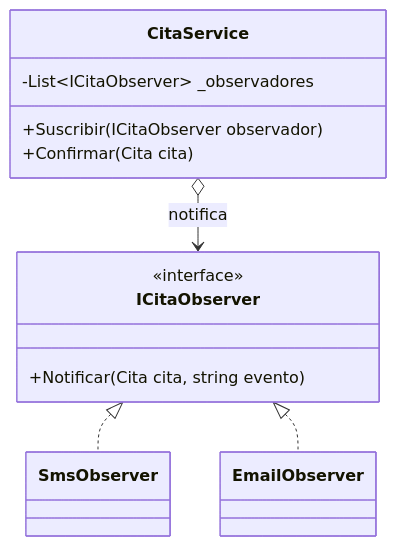
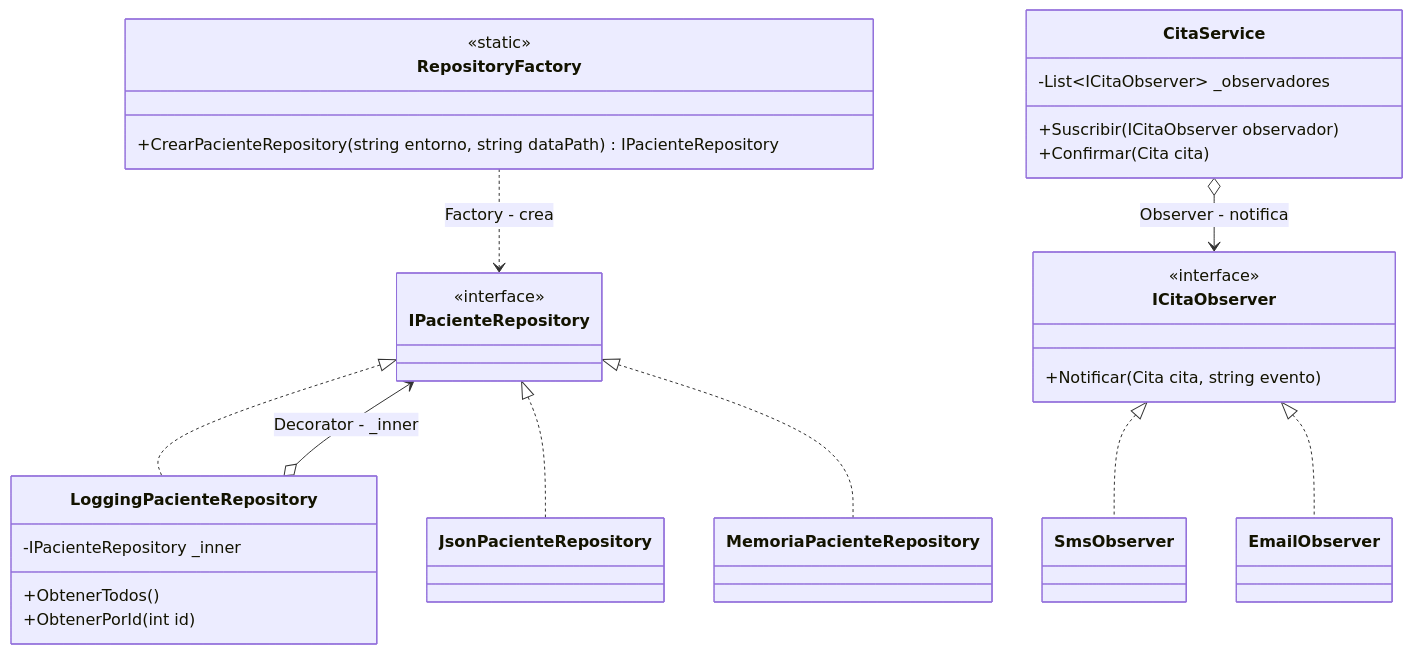
One commit to Cab5ter/ArqSoft-S05-LeonardoB changed the sixth of 8 diagrams in docs/DIAGRAMAS.md. Above: the diagram before and after it, drawn with Mermaid. The commit also changed other lines of this file and 1 other file, not shown here.

Commit message:
UPDATE docs/DIAGRAMAS.md: restructure diagrams around the C4 model (Context/Container/Component/Code)

````diff
--- a/docs/DIAGRAMAS.md
+++ b/docs/DIAGRAMAS.md
@@ -237,18 +261,39 @@
 ```mermaid
 classDiagram
+    class IPacienteRepository {
+        <<interface>>
+    }
+    class RepositoryFactory {
+        <<static>>
+        +CrearPacienteRepository(string entorno, string dataPath) IPacienteRepository
+    }
+    class LoggingPacienteRepository {
+        -IPacienteRepository _inner
+        +ObtenerTodos()
+        +ObtenerPorId(int id)
+    }
+    class JsonPacienteRepository
+    class MemoriaPacienteRepository
+
     class CitaService {
         -List~ICitaObserver~ _observadores
         +Suscribir(ICitaObserver observador)
         +Confirmar(Cita cita)
     }
     class ICitaObserver {
         <<interface>>
         +Notificar(Cita cita, string evento)
     }
     class SmsObserver
     class EmailObserver
 
-    CitaService o--> ICitaObserver : notifica
+    RepositoryFactory ..> IPacienteRepository : Factory - crea
+    IPacienteRepository <|.. LoggingPacienteRepository
+    IPacienteRepository <|.. JsonPacienteRepository
+    IPacienteRepository <|.. MemoriaPacienteRepository
+    LoggingPacienteRepository o--> IPacienteRepository : Decorator - _inner
+
+    CitaService o--> ICitaObserver : Observer - notifica
     ICitaObserver <|.. SmsObserver
     ICitaObserver <|.. EmailObserver
 ```
````
